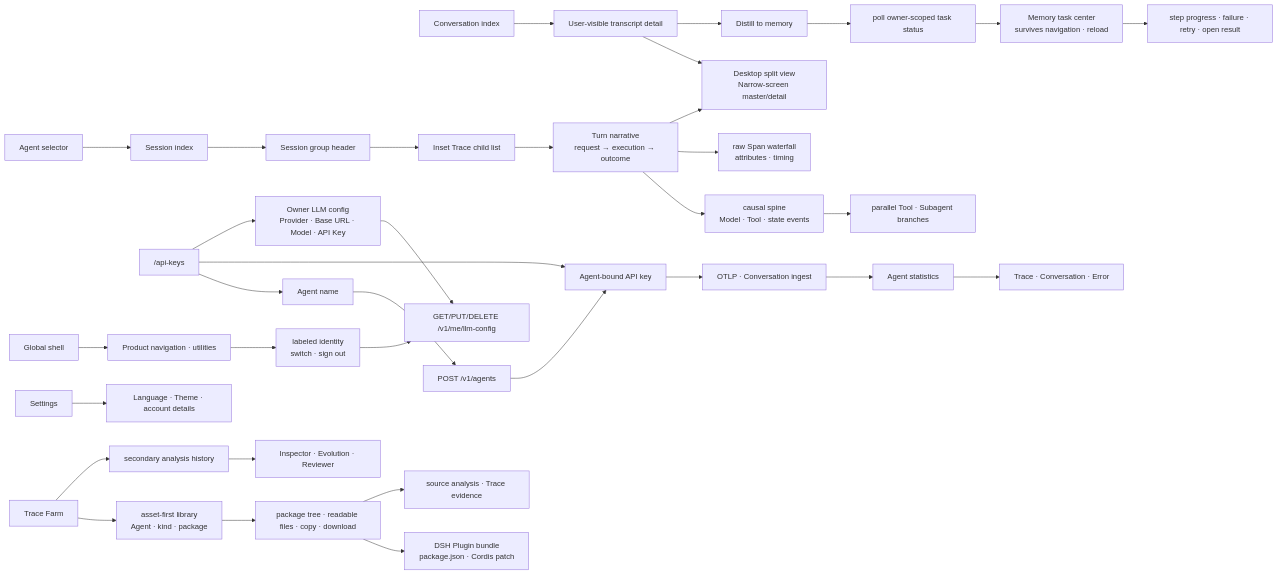
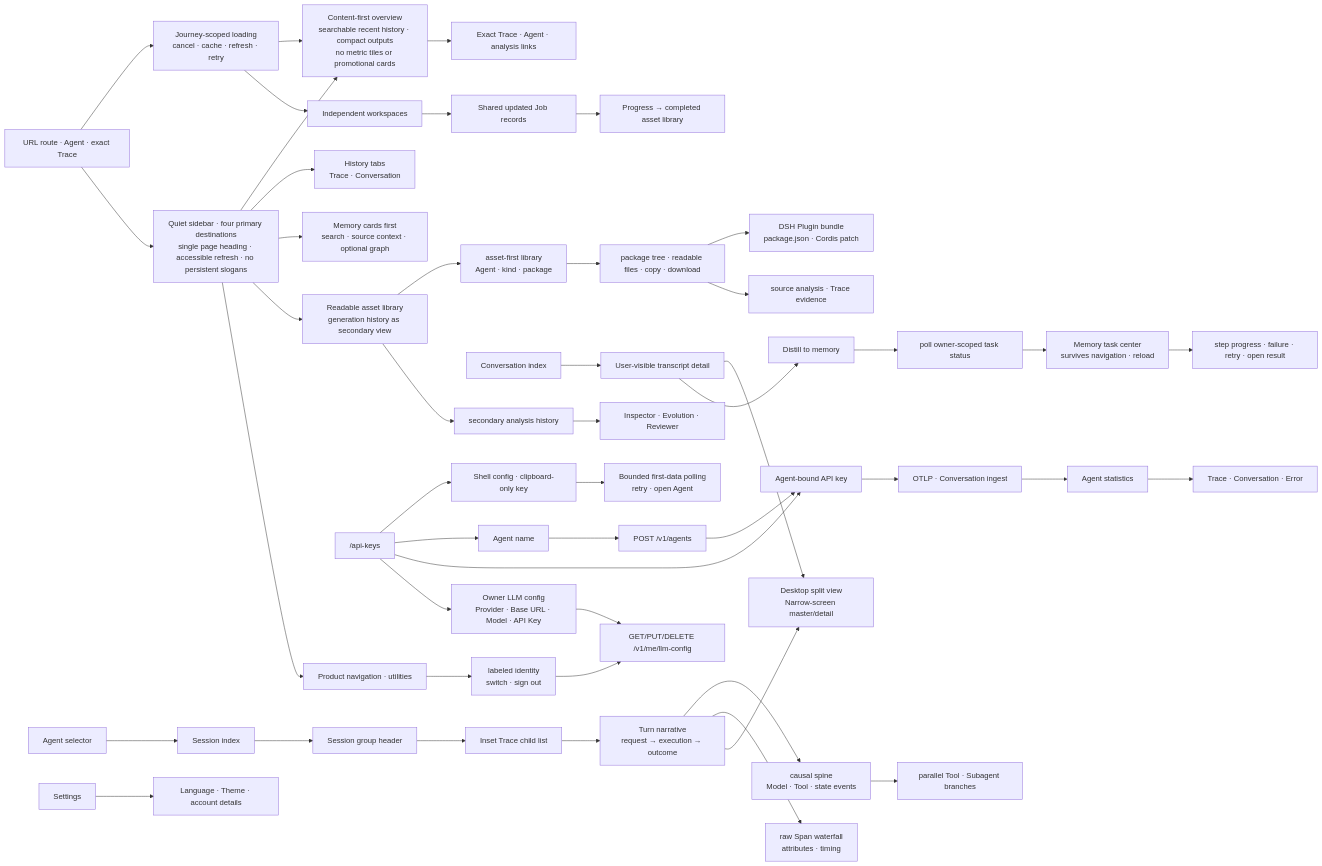
One commit to fightheyyy/CATENA changed the second of 2 diagrams in catena-web/SPEC.md. Above: the diagram before and after it, drawn with Mermaid. The commit also changed other lines of this file and 52 other files, not shown here.

````diff
--- a/catena-web/SPEC.md
+++ b/catena-web/SPEC.md
@@ -37,36 +53,49 @@
 ```mermaid
 flowchart LR
+    Route["URL route · Agent · exact Trace"] --> RouteData["Journey-scoped loading<br/>cancel · cache · refresh · retry"]
+    Route --> Shell["Quiet sidebar · four primary destinations<br/>single page heading · accessible refresh · no persistent slogans"]
+    Shell --> Overview["Content-first overview<br/>searchable recent history · compact outputs<br/>no metric tiles or promotional cards"]
+    RouteData --> Overview
+    Overview --> EvidenceLinks["Exact Trace · Agent · analysis links"]
+    Shell --> History["History tabs<br/>Trace · Conversation"]
+    Shell --> MemoryCollection["Memory cards first<br/>search · source context · optional graph"]
+    Shell --> Outputs["Readable asset library<br/>generation history as secondary view"]
+    RouteData --> Views["Independent workspaces"]
+    Views --> JobState["Shared updated Job records"]
+    JobState --> FreshAssets["Progress → completed asset library"]
+    Keys --> Guide["Shell config · clipboard-only key"]
+    Guide --> FirstData["Bounded first-data polling<br/>retry · open Agent"]
     Conversation["Conversation index"] --> ConversationDetail["User-visible transcript detail"]
     AgentTrace["Agent selector"] --> Session["Session index"]
     Session --> SessionGroup["Session group header"]
     SessionGroup --> Trace["Inset Trace child list"]
     Trace --> TraceDetail["Turn narrative<br/>request → execution → outcome"]
     TraceDetail --> CausalSpine["causal spine<br/>Model · Tool · state events"]
     CausalSpine --> Branches["parallel Tool · Subagent branches"]
     TraceDetail --> Diagnostics["raw Span waterfall<br/>attributes · timing"]
     ConversationDetail --> Responsive["Desktop split view<br/>Narrow-screen master/detail"]
     ConversationDetail --> Submit["Distill to memory"]
     Submit --> Poll["poll owner-scoped task status"]
     Poll --> TaskCenter["Memory task center<br/>survives navigation · reload"]
     TaskCenter --> Progress["step progress · failure · retry · open result"]
     TraceDetail --> Responsive
     Stats["Agent statistics"] --> Evidence["Trace · Conversation · Error"]
     Keys["/api-keys"] --> Name["Agent name"]
     Name --> API["POST /v1/agents"]
     API --> Credential["Agent-bound API key"]
     Keys --> Credential
     Keys --> ModelConfig["Owner LLM config<br/>Provider · Base URL · Model · API Key"]
     ModelConfig --> Go["GET/PUT/DELETE /v1/me/llm-config"]
     Credential --> Ingest["OTLP · Conversation ingest"]
     Ingest --> Stats
     Settings["Settings"] --> Preferences["Language · Theme · account details"]
-    Shell["Global shell"] --> Sidebar["Product navigation · utilities"]
+    Shell --> Sidebar["Product navigation · utilities"]
     Sidebar --> AccountMenu["labeled identity<br/>switch · sign out"]
     AccountMenu --> Go
-    Farm["Trace Farm"] --> AssetLibrary["asset-first library<br/>Agent · kind · package"]
+    Outputs --> AssetLibrary["asset-first library<br/>Agent · kind · package"]
     AssetLibrary --> AssetDocument["package tree · readable files · copy · download"]
     AssetDocument --> DSH["DSH Plugin bundle<br/>package.json · Cordis patch"]
     AssetDocument --> Provenance["source analysis · Trace evidence"]
-    Farm --> AnalysisHistory["secondary analysis history"]
+    Outputs --> AnalysisHistory["secondary analysis history"]
     AnalysisHistory --> JobProgress["Inspector · Evolution · Reviewer"]
 ```
````
